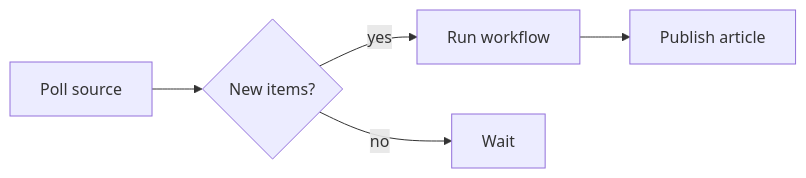
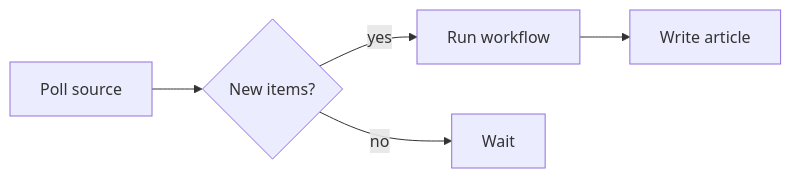
One commit to LeeCheneler/kiri changed the diagram in src/site/docs/content/workflows.md. Above: the diagram before and after it, drawn with Mermaid. The commit also changed other lines of this file and 12 other files, not shown here.

````diff
--- a/src/site/docs/content/workflows.md
+++ b/src/site/docs/content/workflows.md
@@ -309,7 +318,7 @@
 ```mermaid
 flowchart LR
   Poll[Poll source] --> Decide{New items?}
   Decide -- yes --> Run[Run workflow]
   Decide -- no --> Wait[Wait]
-  Run --> Publish[Publish article]
+  Run --> Write[Write article]
 ```
````
